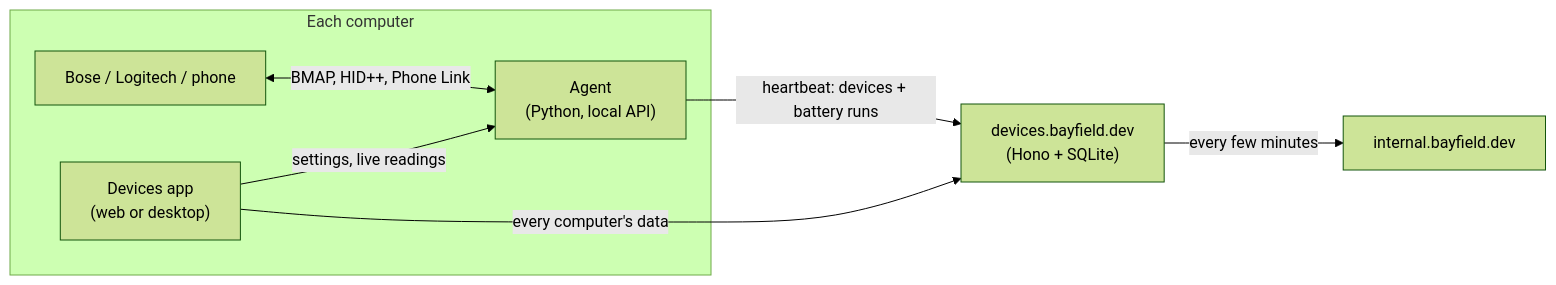
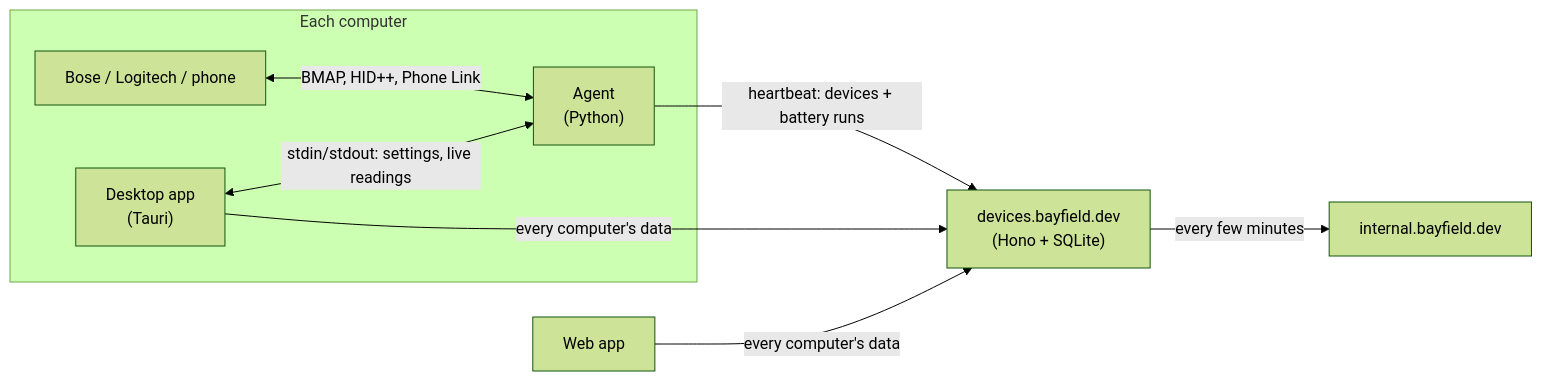
The diagram in README.md (PaulBayfield/.wireless-devices-control), drawn with Mermaid (forest theme) before and after one commit. The commit also changed other lines of this file, not shown here.

First line of the commit message:
docs: describe the agent inside the desktop app

````diff
--- a/README.md
+++ b/README.md
@@ -73,10 +73,11 @@
 ```mermaid
 flowchart LR
   subgraph PC["Each computer"]
-    D["Bose / Logitech / phone"] <-->|"BMAP, HID++, Phone Link"| A["Agent<br/>(Python, local API)"]
-    APP["Devices app<br/>(web or desktop)"] -->|"settings, live readings"| A
+    D["Bose / Logitech / phone"] <-->|"BMAP, HID++, Phone Link"| A["Agent<br/>(Python)"]
+    APP["Desktop app<br/>(Tauri)"] <-->|"stdin/stdout: settings, live readings"| A
   end
   A -->|"heartbeat: devices + battery runs"| S["devices.bayfield.dev<br/>(Hono + SQLite)"]
   APP -->|"every computer's data"| S
+  WEB["Web app"] -->|"every computer's data"| S
   S -->|"every few minutes"| I["internal.bayfield.dev"]
 ```
````
